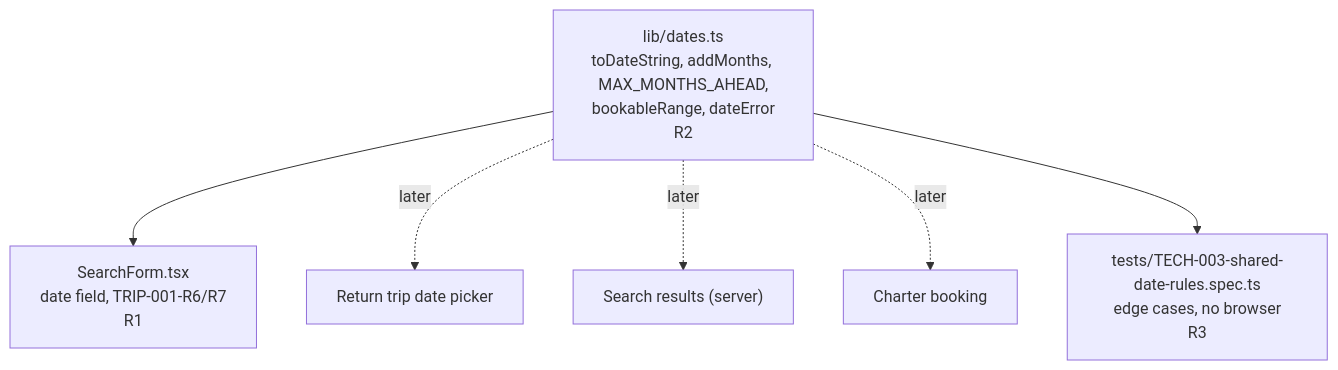
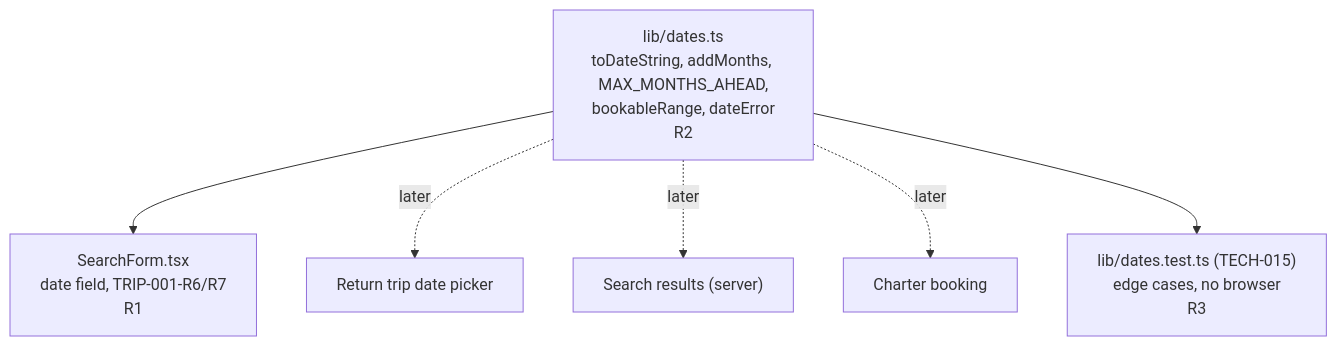
One commit to gustavnymoen/gurrasflyg changed the diagram in specs/TECH-003-shared-date-rules/flow.mmd. Above: the diagram before and after it, drawn with Mermaid. The commit also changed 11 other files, not shown here.

```diff
--- a/specs/TECH-003-shared-date-rules/flow.mmd
+++ b/specs/TECH-003-shared-date-rules/flow.mmd
@@ -1,7 +1,7 @@
 %% TECH-003 Shared date rules
 flowchart TD
     Dates["lib/dates.ts<br/>toDateString, addMonths, MAX_MONTHS_AHEAD,<br/>bookableRange, dateError<br/>R2"] --> Form["SearchForm.tsx<br/>date field, TRIP-001-R6/R7<br/>R1"]
     Dates -. later .-> Return["Return trip date picker"]
     Dates -. later .-> Results["Search results (server)"]
     Dates -. later .-> Charter["Charter booking"]
-    Dates --> Tests["tests/TECH-003-shared-date-rules.spec.ts<br/>edge cases, no browser<br/>R3"]
+    Dates --> Tests["lib/dates.test.ts (TECH-015)<br/>edge cases, no browser<br/>R3"]
```
